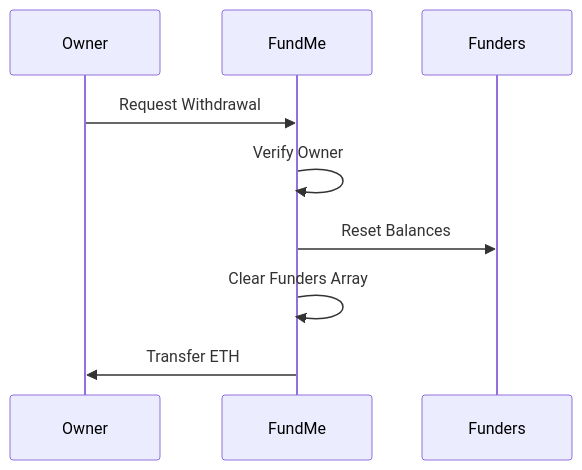
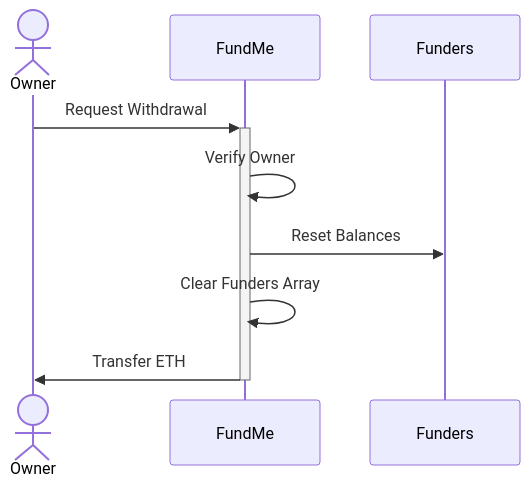
The third of 6 diagrams in README.md (VedantAnand17/FundMeEth), drawn with Mermaid before and after one commit. The commit also changed other lines of this file, not shown here.

````diff
--- a/README.md
+++ b/README.md
@@ -46,12 +46,12 @@
 ```mermaid
 sequenceDiagram
-    participant Owner
+    actor Owner
     participant FundMe
     participant Funders
 
-    Owner->>FundMe: Request Withdrawal
+    Owner->>+FundMe: Request Withdrawal
     FundMe->>FundMe: Verify Owner
     FundMe->>Funders: Reset Balances
     FundMe->>FundMe: Clear Funders Array
-    FundMe->>Owner: Transfer ETH
+    FundMe->>-Owner: Transfer ETH
 ```
````
